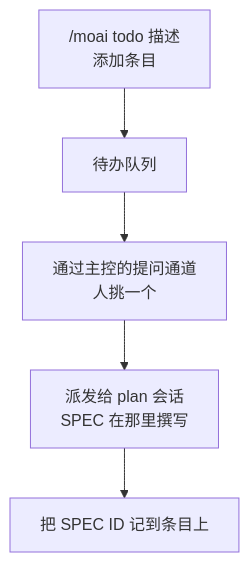
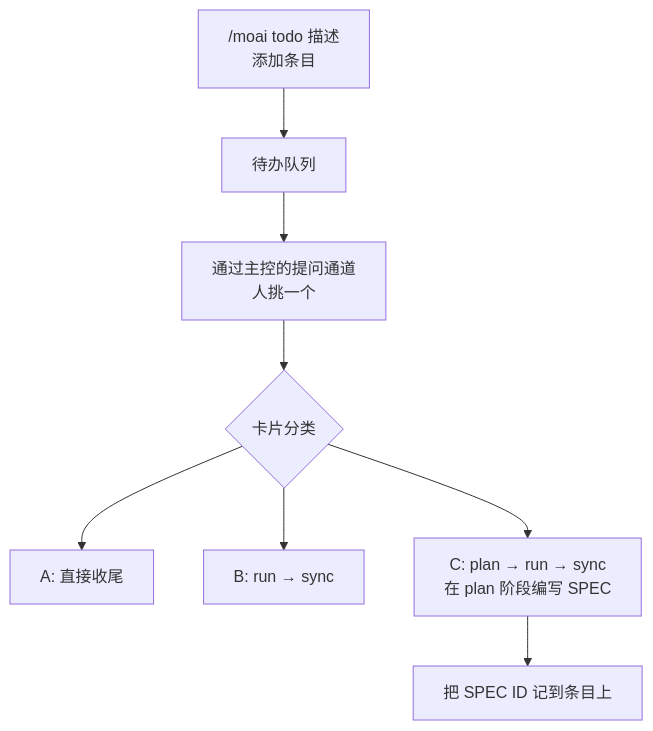
One commit to modu-ai/moai-adk changed the diagram in docs-site/content/zh/utility-commands/moai-todo.md. Above: the diagram before and after it, drawn with Mermaid. The commit also changed other lines of this file and 54 other files, not shown here.

````diff
--- a/docs-site/content/zh/utility-commands/moai-todo.md
+++ b/docs-site/content/zh/utility-commands/moai-todo.md
@@ -27,7 +27,10 @@
 ```mermaid
 flowchart TD
     Add["/moai todo 描述<br/>添加条目"] --> Queue["待办队列"]
     Queue --> Pick["通过主控的提问通道<br/>人挑一个"]
-    Pick --> Plan["派发给 plan 会话<br/>SPEC 在那里撰写"]
+    Pick --> Class{"卡片分类"}
+    Class --> A["A: 直接收尾"]
+    Class --> B["B: run → sync"]
+    Class --> Plan["C: plan → run → sync<br/>在 plan 阶段编写 SPEC"]
     Plan --> Spec["把 SPEC ID 记到条目上"]
 ```
````
